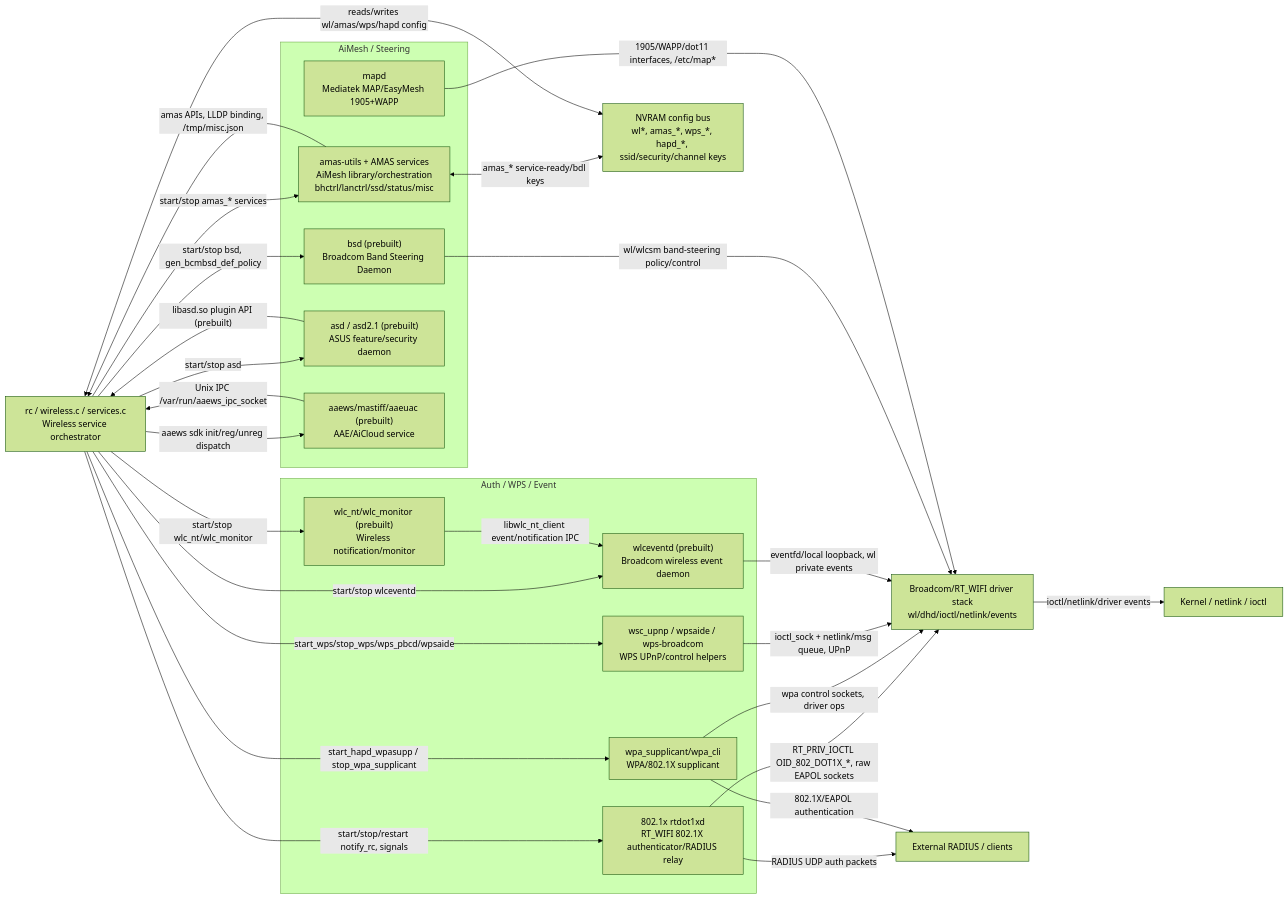
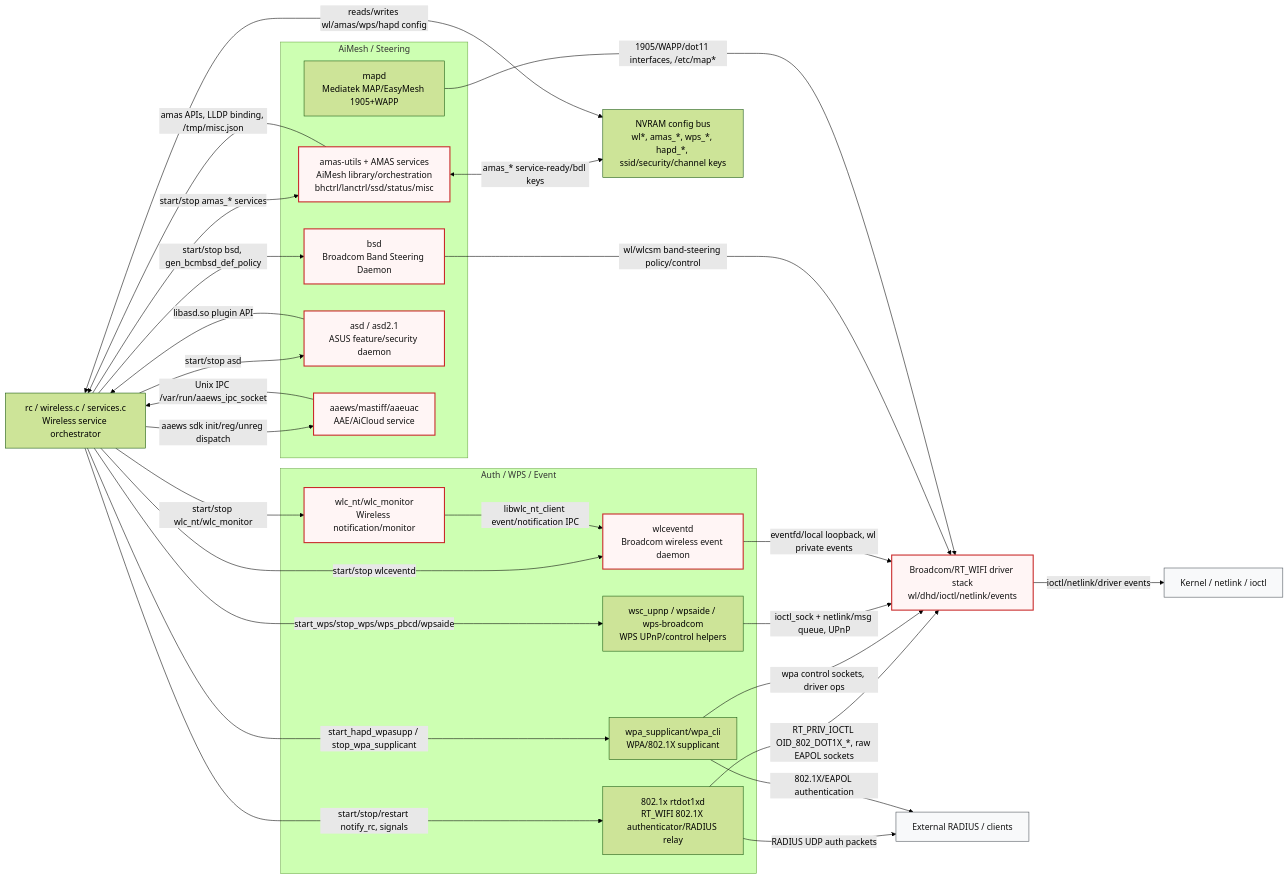
Before and after one commit to Asuswrt-Merlin/asuswrt-merlin.ng-3006.gnuton: the diagram in docs/diagrams/router/wireless-amesh.mmd, drawn with Mermaid (forest theme). The commit also changed 14 other files, not shown here.

First line of the commit message:
docs: improve diagram readability and mark proprietary components

```diff
--- a/docs/diagrams/router/wireless-amesh.mmd
+++ b/docs/diagrams/router/wireless-amesh.mmd
@@ -1,49 +1,53 @@
 flowchart LR
+    classDef proprietary fill:#fff5f5,stroke:#c92a2a,stroke-width:2px,color:#111;
+    classDef external fill:#f8f9fa,stroke:#495057,color:#111;
+
     RC["rc / wireless.c / services.c\nWireless service orchestrator"]
     NVRAM["NVRAM config bus\nwl*, amas_*, wps_*, hapd_*, ssid/security/channel keys"]
 
     subgraph AUTH["Auth / WPS / Event"]
         EAP["802.1x rtdot1xd\nRT_WIFI 802.1X authenticator/RADIUS relay"]
         WPA["wpa_supplicant/wpa_cli\nWPA/802.1X supplicant"]
         WPS["wsc_upnp / wpsaide / wps-broadcom\nWPS UPnP/control helpers"]
-        WLEV["wlceventd (prebuilt)\nBroadcom wireless event daemon"]
-        WLCNT["wlc_nt/wlc_monitor (prebuilt)\nWireless notification/monitor"]
+        WLEV["wlceventd\nBroadcom wireless event daemon"]:::proprietary
+        WLCNT["wlc_nt/wlc_monitor\nWireless notification/monitor"]:::proprietary
     end
 
     subgraph MESH["AiMesh / Steering"]
-        AMAS["amas-utils + AMAS services\nAiMesh library/orchestration\nbhctrl/lanctrl/ssd/status/misc"]
-        BSD["bsd (prebuilt)\nBroadcom Band Steering Daemon"]
+        AMAS["amas-utils + AMAS services\nAiMesh library/orchestration\nbhctrl/lanctrl/ssd/status/misc"]:::proprietary
+        BSD["bsd\nBroadcom Band Steering Daemon"]:::proprietary
         MAPD["mapd\nMediatek MAP/EasyMesh 1905+WAPP"]
-        ASD["asd / asd2.1 (prebuilt)\nASUS feature/security daemon"]
-        AAE["aaews/mastiff/aaeuac (prebuilt)\nAAE/AiCloud service"]
+        ASD["asd / asd2.1\nASUS feature/security daemon"]:::proprietary
+        AAE["aaews/mastiff/aaeuac\nAAE/AiCloud service"]:::proprietary
     end
 
-    WLDRV["Broadcom/RT_WIFI driver stack\nwl/dhd/ioctl/netlink/events"]
-    KERN["Kernel / netlink / ioctl"]
+    WLDRV["Broadcom/RT_WIFI driver stack\nwl/dhd/ioctl/netlink/events"]:::proprietary
+    KERN["Kernel / netlink / ioctl"]:::external
+    EXT["External RADIUS / clients"]:::external
 
     RC -->|"start/stop/restart notify_rc, signals"| EAP
     RC -->|"start_hapd_wpasupp / stop_wpa_supplicant"| WPA
     RC -->|"start_wps/stop_wps/wps_pbcd/wpsaide"| WPS
     RC -->|"start/stop wlceventd"| WLEV
     RC -->|"start/stop wlc_nt/wlc_monitor"| WLCNT
     RC -->|"start/stop amas_* services"| AMAS
     RC -->|"start/stop bsd, gen_bcmbsd_def_policy"| BSD
     RC -->|"start/stop asd"| ASD
     RC -->|"aaews sdk init/reg/unreg dispatch"| AAE
 
     EAP -->|"RT_PRIV_IOCTL OID_802_DOT1X_*, raw EAPOL sockets"| WLDRV
     WPA -->|"wpa control sockets, driver ops"| WLDRV
     WPS -->|"ioctl_sock + netlink/msg queue, UPnP"| WLDRV
     WLEV -->|"eventfd/local loopback, wl private events"| WLDRV
     WLCNT -->|"libwlc_nt_client event/notification IPC"| WLEV
     AMAS -->|"amas APIs, LLDP binding, /tmp/misc.json"| RC
     AMAS <-->|"amas_* service-ready/bdl keys"| NVRAM
     BSD -->|"wl/wlcsm band-steering policy/control"| WLDRV
     MAPD -->|"1905/WAPP/dot11 interfaces, /etc/map*"| WLDRV
-    ASD -->|"libasd.so plugin API (prebuilt)"| RC
+    ASD -->|"libasd.so plugin API"| RC
     AAE -->|"Unix IPC /var/run/aaews_ipc_socket"| RC
 
     RC <-->|"reads/writes wl/amas/wps/hapd config"| NVRAM
     WLDRV -->|"ioctl/netlink/driver events"| KERN
-    EAP -->|"RADIUS UDP auth packets"| EXT["External RADIUS / clients"]
+    EAP -->|"RADIUS UDP auth packets"| EXT
     WPA -->|"802.1X/EAPOL authentication"| EXT
```
